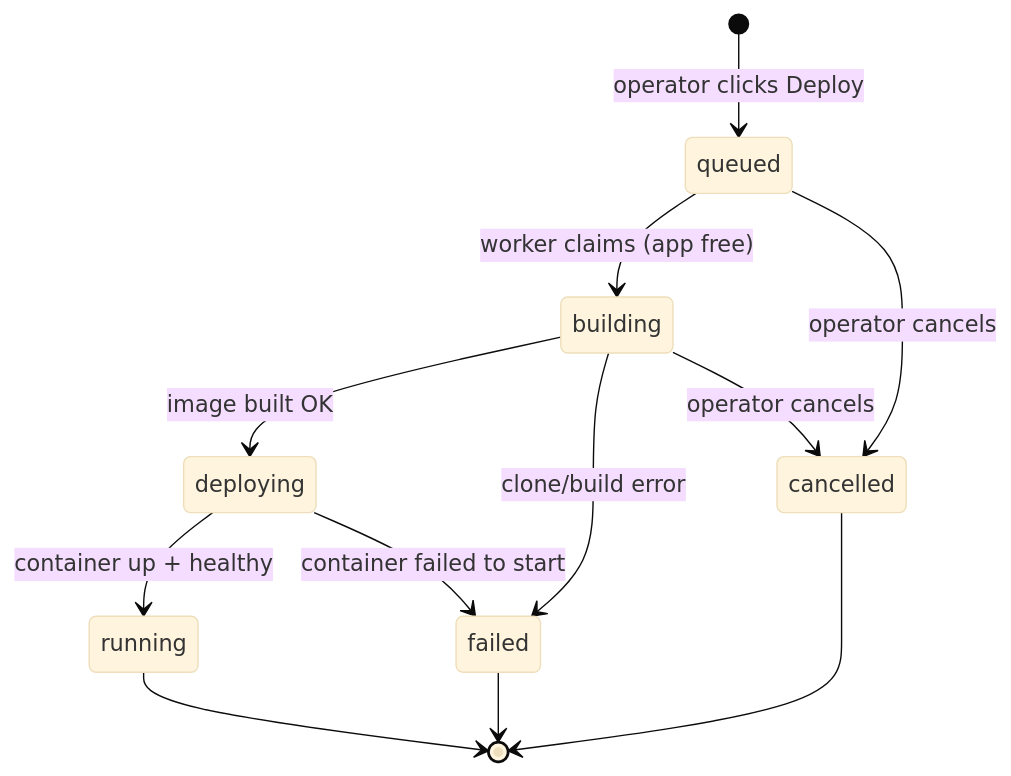
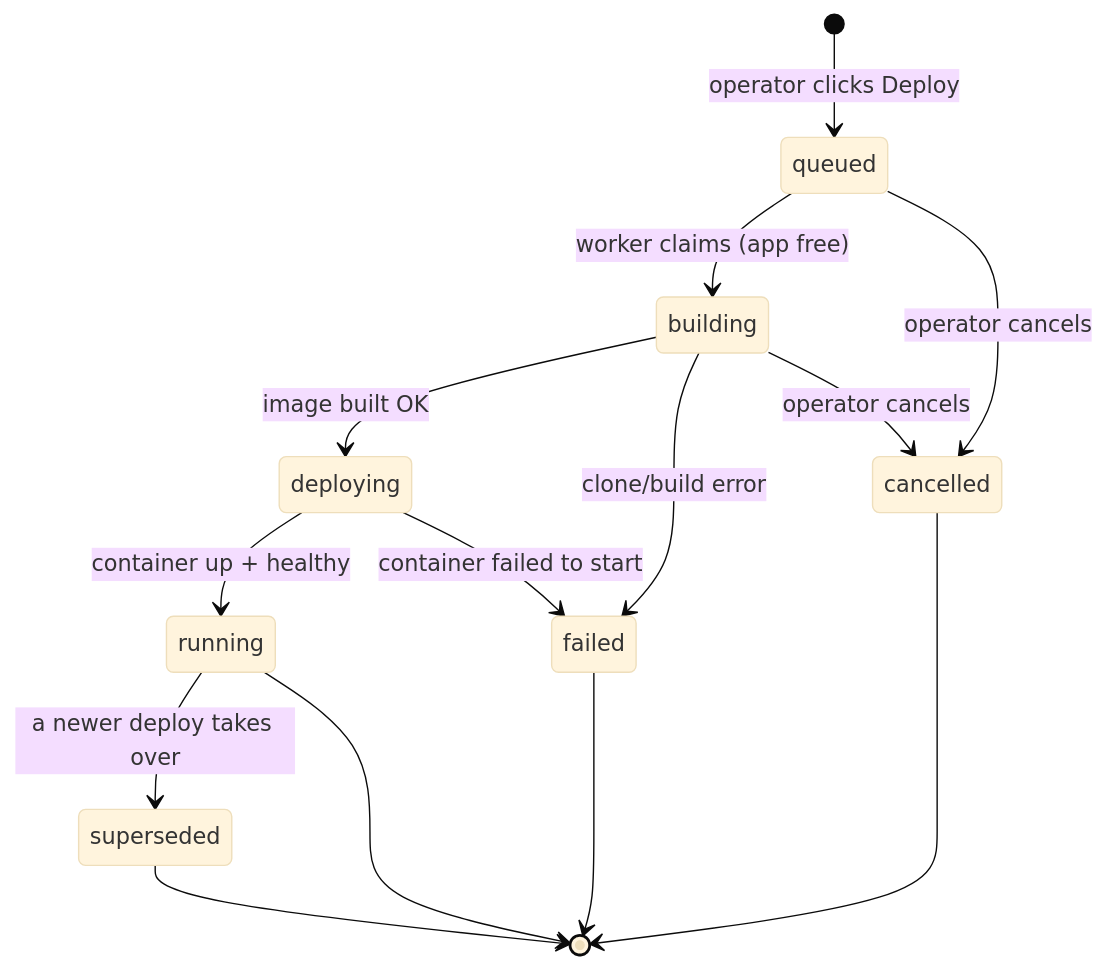
Before and after one commit to outhaul-dev/outhaul: the diagram in ARCHITECTURE.md, drawn with Mermaid (base theme). The commit also changed other lines of this file and 9 other files, not shown here.

First line of the commit message:
fix(deploy): retire superseded deployments so they stop reading as "running"

````diff
--- a/ARCHITECTURE.md
+++ b/ARCHITECTURE.md
@@ -583,18 +585,20 @@
 ```mermaid
 stateDiagram-v2
     [*] --> queued : operator clicks Deploy
 
     queued    --> building   : worker claims (app free)
     queued    --> cancelled  : operator cancels
 
     building  --> deploying  : image built OK
     building  --> failed     : clone/build error
     building  --> cancelled  : operator cancels
 
     deploying --> running    : container up + healthy
     deploying --> failed     : container failed to start
 
-    running   --> [*]
-    failed    --> [*]
-    cancelled --> [*]
+    running    --> superseded : a newer deploy takes over
+    running    --> [*]
+    superseded --> [*]
+    failed     --> [*]
+    cancelled  --> [*]
 ```
````
